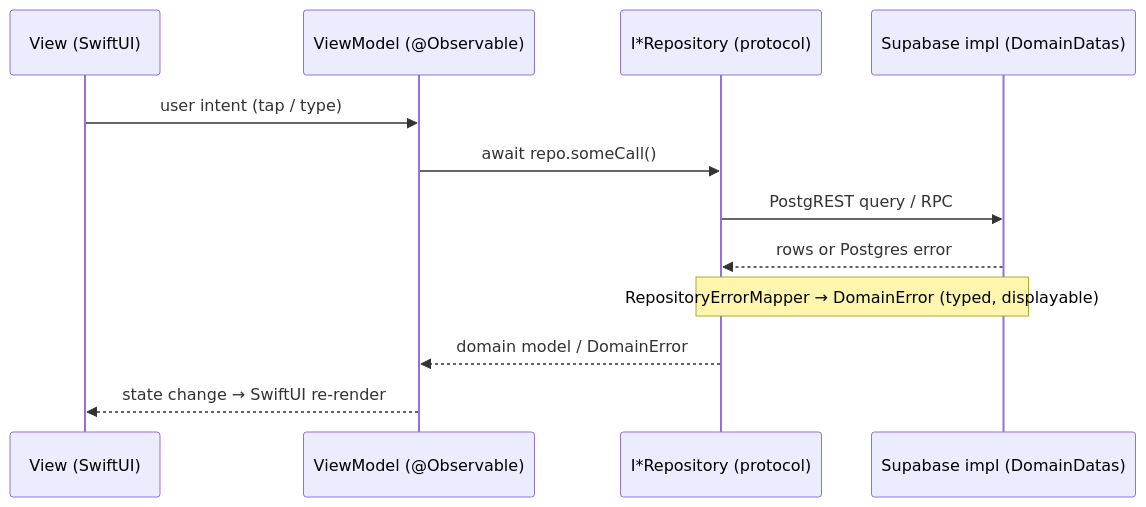
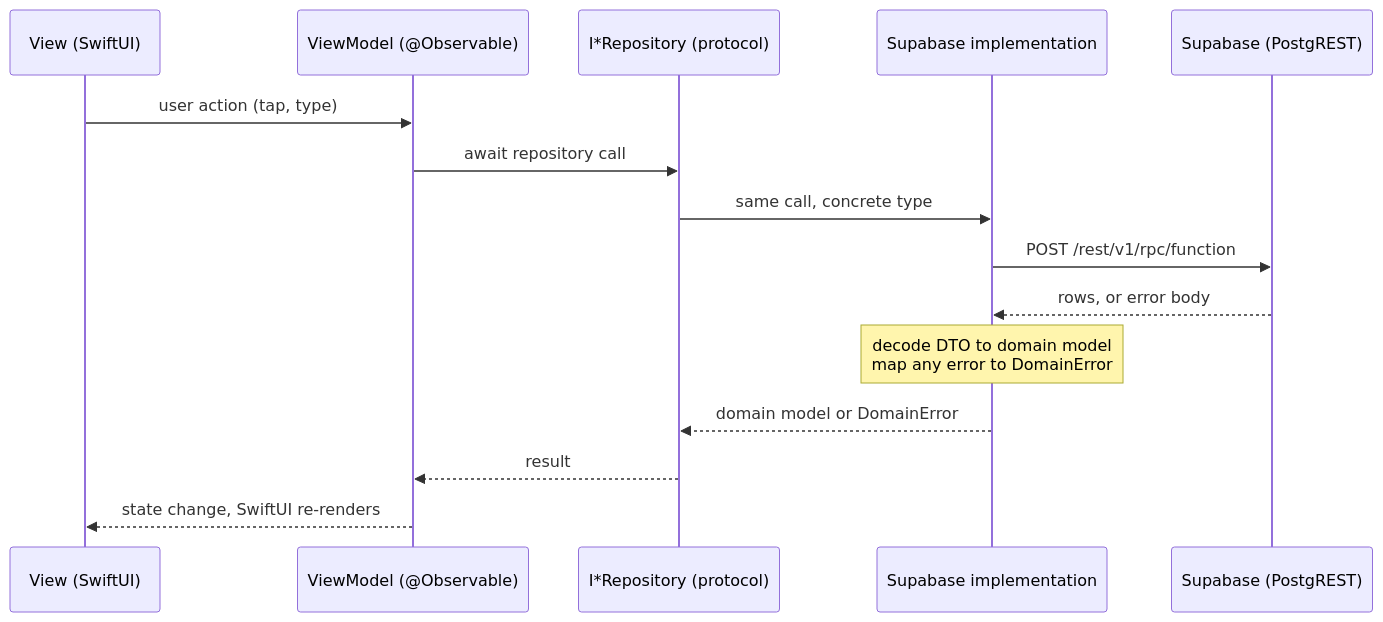
The sixth of 7 diagrams in README.md (coquach/split-bill-app), drawn with Mermaid before and after one commit. The commit also changed other lines of this file and 4 other files, not shown here.

````diff
--- a/README.md
+++ b/README.md
@@ -209,15 +335,18 @@
 ```mermaid
 sequenceDiagram
     participant V as View (SwiftUI)
     participant VM as ViewModel (@Observable)
     participant R as I*Repository (protocol)
-    participant S as Supabase impl (DomainDatas)
+    participant S as Supabase implementation
+    participant DB as Supabase (PostgREST)
 
-    V->>VM: user intent (tap / type)
-    VM->>R: await repo.someCall()
-    R->>S: PostgREST query / RPC
-    S-->>R: rows or Postgres error
-    Note over S,R: RepositoryErrorMapper → DomainError (typed, displayable)
-    R-->>VM: domain model / DomainError
-    VM-->>V: state change → SwiftUI re-render
+    V->>VM: user action (tap, type)
+    VM->>R: await repository call
+    R->>S: same call, concrete type
+    S->>DB: POST /rest/v1/rpc/function
+    DB-->>S: rows, or error body
+    Note over S: decode DTO to domain model<br/>map any error to DomainError
+    S-->>R: domain model or DomainError
+    R-->>VM: result
+    VM-->>V: state change, SwiftUI re-renders
 ```
````
